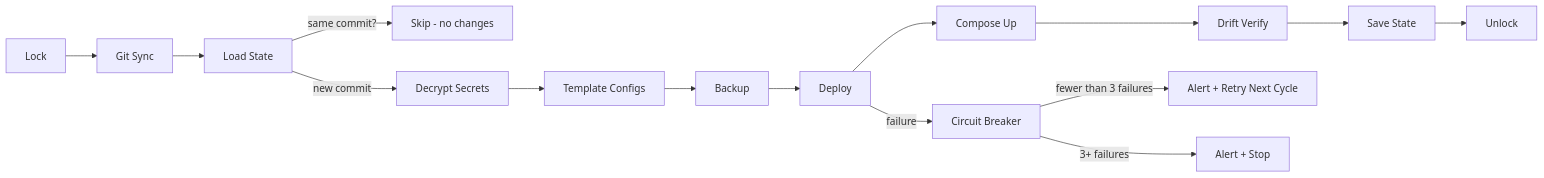
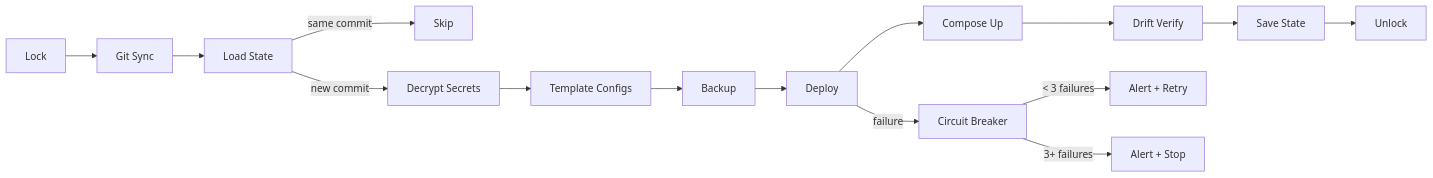
The third of 3 diagrams in README.md (cameronsjo/bosun), drawn with Mermaid before and after one commit. The commit also changed other lines of this file and 8 other files, not shown here.

First line of the commit message:
docs: modernize mermaid diagrams across all docs

````diff
--- a/README.md
+++ b/README.md
@@ -240,17 +240,17 @@
 ```mermaid
-graph LR
-    A[Lock] --> B[Git Sync]
-    B --> C[Load State]
-    C -->|same commit?| Skip[Skip - no changes]
-    C -->|new commit| D[Decrypt Secrets]
-    D --> E[Template Configs]
-    E --> F[Backup]
-    F --> G[Deploy]
-    G --> H[Compose Up]
-    H --> I[Drift Verify]
-    I --> J[Save State]
-    J --> K[Unlock]
-    G -->|failure| L[Circuit Breaker]
-    L -->|fewer than 3 failures| M[Alert + Retry Next Cycle]
-    L -->|3+ failures| N[Alert + Stop]
+flowchart LR
+    Lock[Lock] --> GitSync[Git Sync]
+    GitSync --> LoadState[Load State]
+    LoadState -->|same commit| Skip[Skip]
+    LoadState -->|new commit| Decrypt[Decrypt Secrets]
+    Decrypt --> Template[Template Configs]
+    Template --> Backup[Backup]
+    Backup --> DeployStep[Deploy]
+    DeployStep --> ComposeUp[Compose Up]
+    ComposeUp --> DriftVerify[Drift Verify]
+    DriftVerify --> SaveState[Save State]
+    SaveState --> Unlock[Unlock]
+    DeployStep -->|failure| CircuitBreaker[Circuit Breaker]
+    CircuitBreaker -->|< 3 failures| Retry[Alert + Retry]
+    CircuitBreaker -->|3+ failures| Stop[Alert + Stop]
 ```
````
